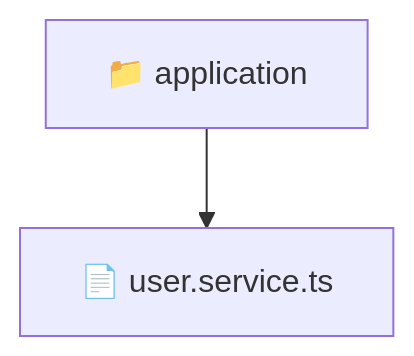
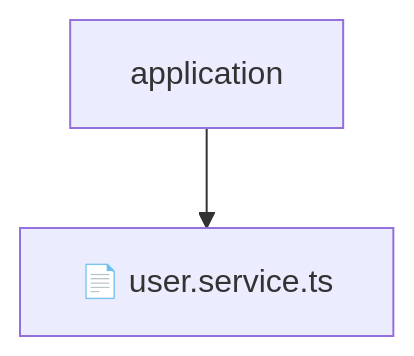
The diagram in backend/src/modules/user/application/README.md (beginwebdev2002/fullstack-mavluda), drawn with Mermaid before and after one commit. The commit also changed other lines of this file and 155 other files, not shown here.

````diff
--- a/backend/src/modules/user/application/README.md
+++ b/backend/src/modules/user/application/README.md
@@ -10,5 +14,5 @@
 ```mermaid
 graph TD
-  Root["📁 application"]
-  Root --> userservicets["📄 user.service.ts"]
+    Root[application]
+    Root --> F0[📄 user.service.ts]
 ```
````
